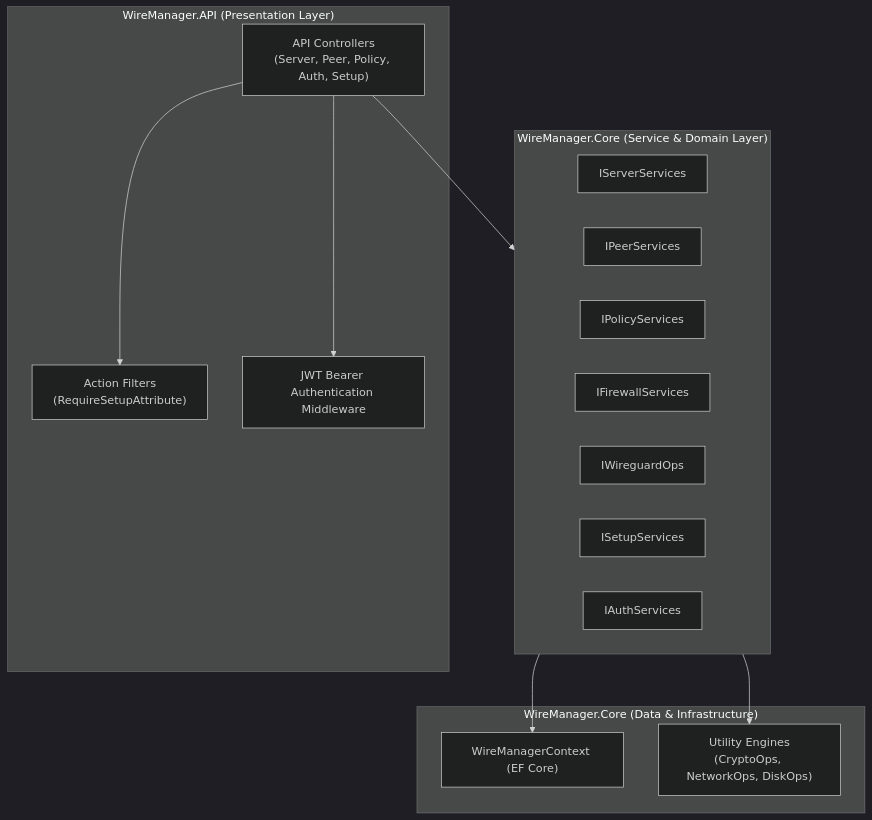
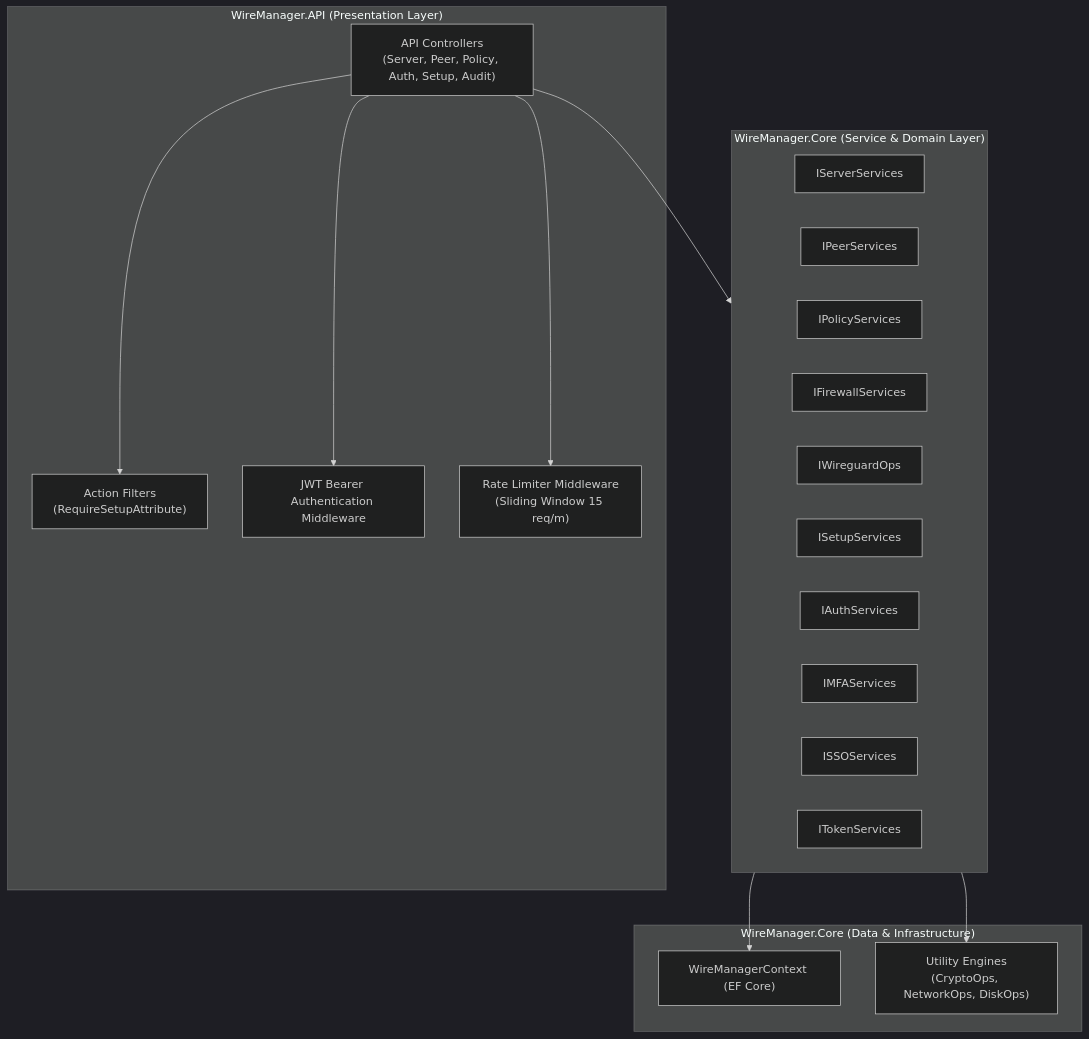
The second of 7 diagrams in docs/development/architecture.md (GWSimoRod/WireManager-docs), drawn with Mermaid (dark theme) before and after one commit. The commit also changed other lines of this file and 4 other files, not shown here.

````diff
--- a/docs/development/architecture.md
+++ b/docs/development/architecture.md
@@ -68,29 +68,34 @@
 ```mermaid
 graph TD
     subgraph PresentationLayer ["WireManager.API (Presentation Layer)"]
-        Controllers["API Controllers<br/>(Server, Peer, Policy, Auth, Setup)"]
+        Controllers["API Controllers<br/>(Server, Peer, Policy, Auth, Setup, Audit)"]
         Filters["Action Filters<br/>(RequireSetupAttribute)"]
         AuthMiddleware["JWT Bearer Authentication Middleware"]
+        RateLimiter["Rate Limiter Middleware<br/>(Sliding Window 15 req/m)"]
     end
 
     subgraph ServiceLayer ["WireManager.Core (Service & Domain Layer)"]
         IServer["IServerServices"]
         IPeer["IPeerServices"]
         IPolicy["IPolicyServices"]
         IFirewall["IFirewallServices"]
         IWG["IWireguardOps"]
         ISetup["ISetupServices"]
         IAuth["IAuthServices"]
+        IMFA["IMFAServices"]
+        ISSO["ISSOServices"]
+        IToken["ITokenServices"]
     end
 
     subgraph DataLayer ["WireManager.Core (Data & Infrastructure)"]
         DbContext["WireManagerContext (EF Core)"]
         Utils["Utility Engines<br/>(CryptoOps, NetworkOps, DiskOps)"]
     end
 
     Controllers --> Filters
     Controllers --> AuthMiddleware
+    Controllers --> RateLimiter
     Controllers --> ServiceLayer
     ServiceLayer --> DbContext
     ServiceLayer --> Utils
 ```
````
